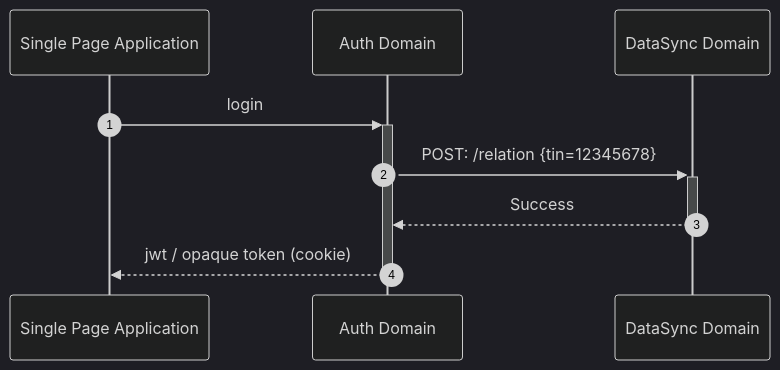
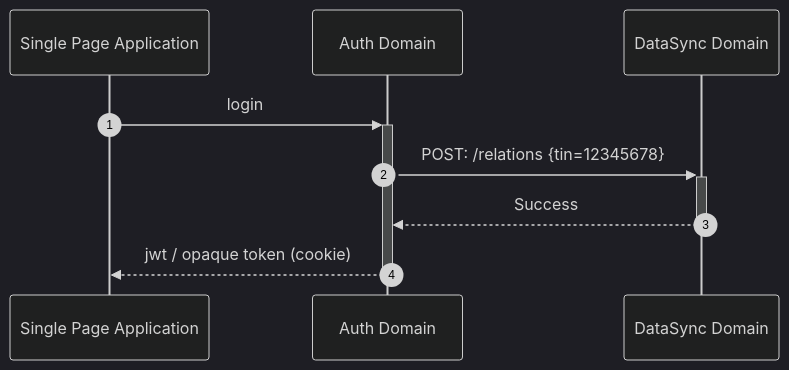
The diagram in doc/api/datasync.md (Energinet-DataHub/energy-origin), drawn with Mermaid (dark theme) before and after one commit.

````diff
--- a/doc/api/datasync.md
+++ b/doc/api/datasync.md
@@ -35,13 +35,13 @@
 ```mermaid
 sequenceDiagram
     autonumber
     participant spa as Single Page Application
     participant auth as Auth Domain
     participant datasync as DataSync Domain
 
     spa->>+auth: login
-        auth ->>+ datasync: POST: /relation  {tin=12345678}
+        auth ->>+ datasync: POST: /relations  {tin=12345678}
         datasync -->>- auth: Success
     auth-->>-spa: jwt / opaque token (cookie)
 
 ```
````
